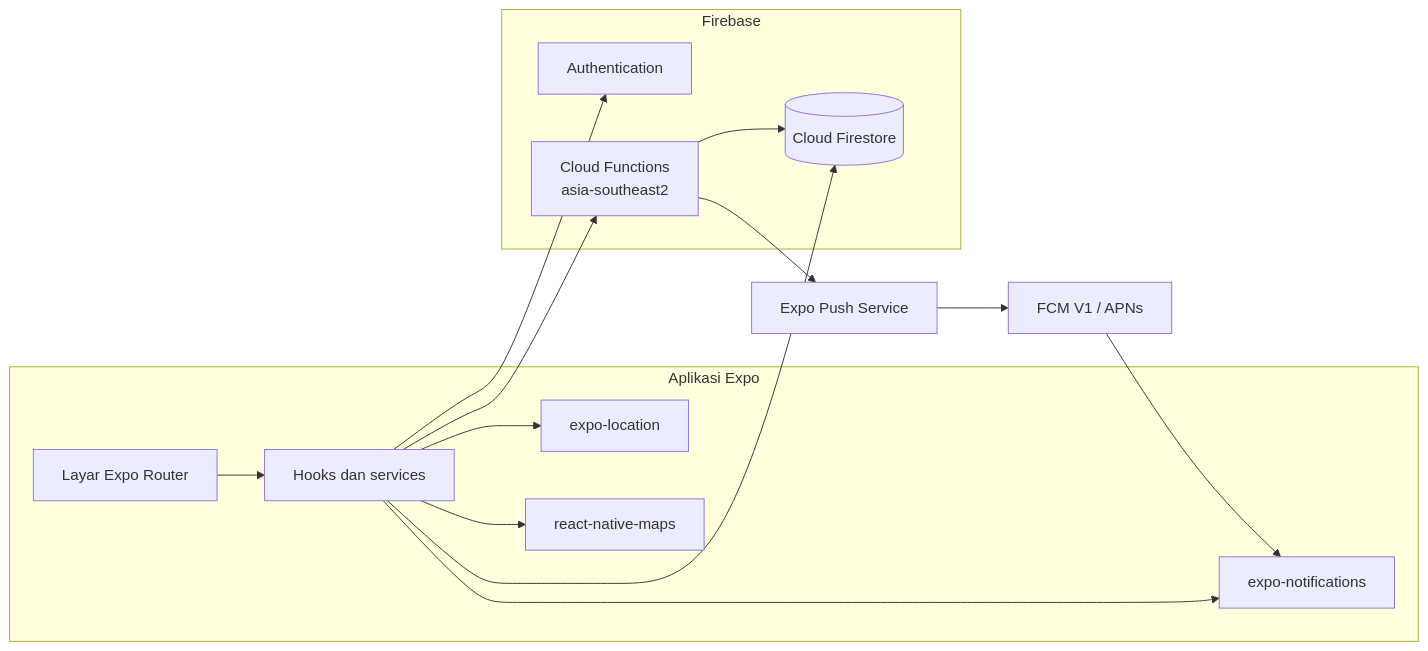
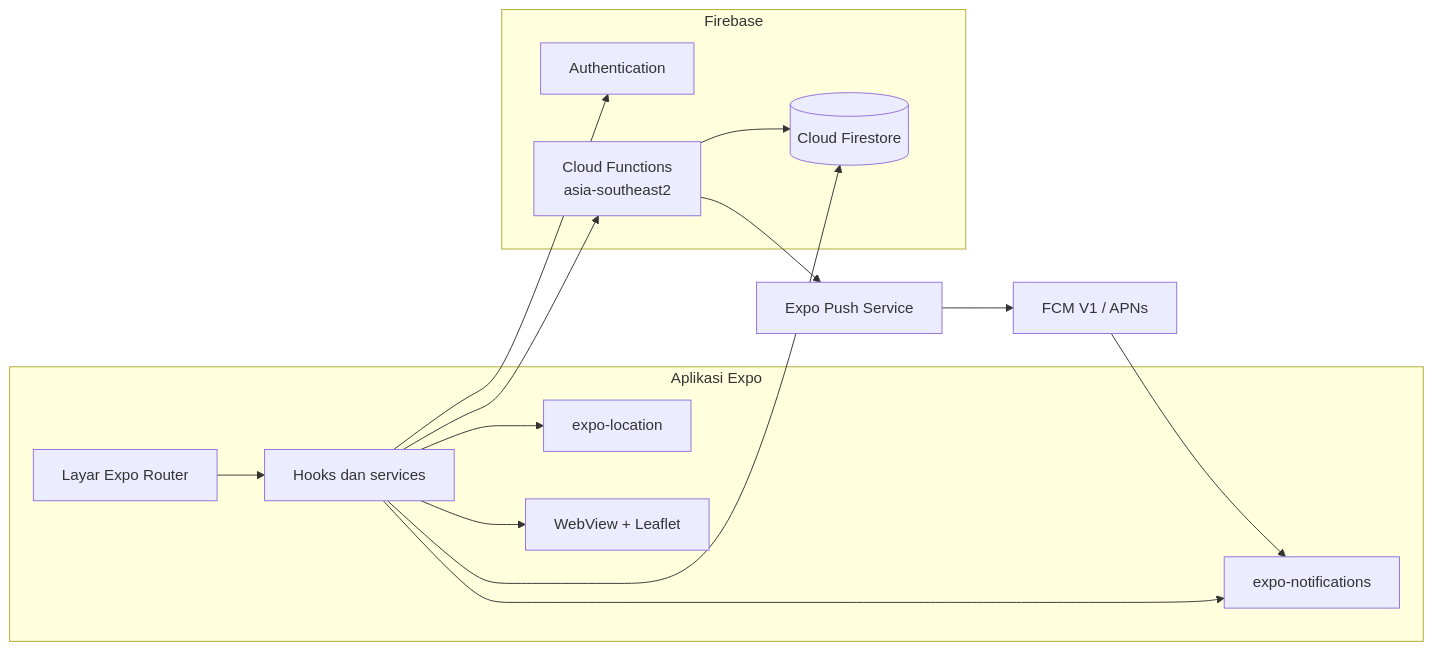
The second of 6 diagrams in PRD.md (TahuatauTempeh/PPK-Praktikum-After-UTS), drawn with Mermaid before and after one commit. The commit also changed other lines of this file and 2 other files, not shown here.

Commit message:
docs(peta): selaraskan status peta OpenStreetMap dan setup

````diff
--- a/PRD.md
+++ b/PRD.md
@@ -558,31 +558,31 @@
 ```mermaid
 flowchart LR
     subgraph Client["Aplikasi Expo"]
         UI["Layar Expo Router"]
         Hook["Hooks dan services"]
         Loc["expo-location"]
-        Map["react-native-maps"]
+        Map["WebView + Leaflet"]
         Notif["expo-notifications"]
     end
 
     subgraph Firebase["Firebase"]
         Auth["Authentication"]
         FS[("Cloud Firestore")]
         Fn["Cloud Functions\nasia-southeast2"]
     end
 
     Push["Expo Push Service"]
     FCM["FCM V1 / APNs"]
 
     UI --> Hook
     Hook --> Auth
     Hook --> FS
     Hook --> Fn
     Hook --> Loc
     Hook --> Map
     Hook --> Notif
     Fn --> FS
     Fn --> Push
     Push --> FCM
     FCM --> Notif
 ```
````
